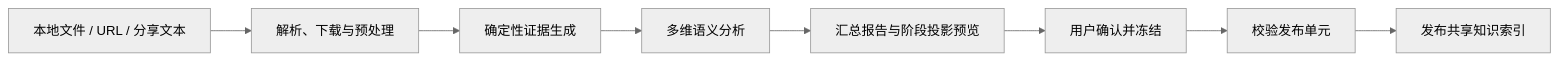
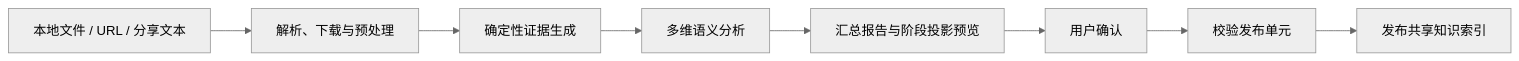
One commit to guigu856/video-create changed the second of 2 diagrams in docs/架构/剪辑创作插件架构设计.md. Above: the diagram before and after it, drawn with Mermaid (neutral theme). The commit also changed other lines of this file and 68 other files, not shown here.

````diff
--- a/docs/架构/剪辑创作插件架构设计.md
+++ b/docs/架构/剪辑创作插件架构设计.md
@@ -344,10 +322,10 @@
 ```mermaid
 flowchart LR
     A["本地文件 / URL / 分享文本"] --> B["解析、下载与预处理"]
     B --> C["确定性证据生成"]
     C --> D["多维语义分析"]
     D --> E["汇总报告与阶段投影预览"]
-    E --> F["用户确认并冻结"]
+    E --> F["用户确认"]
     F --> G["校验发布单元"]
     G --> H["发布共享知识索引"]
 ```
````
